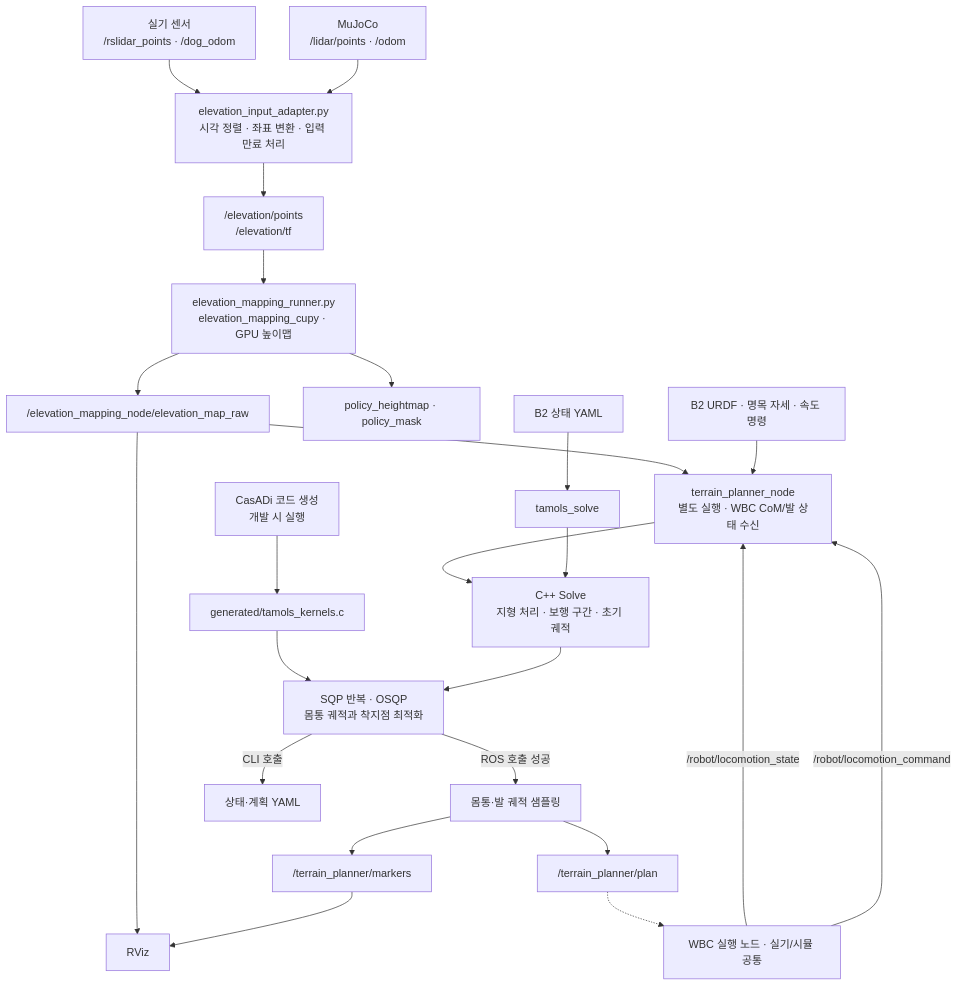
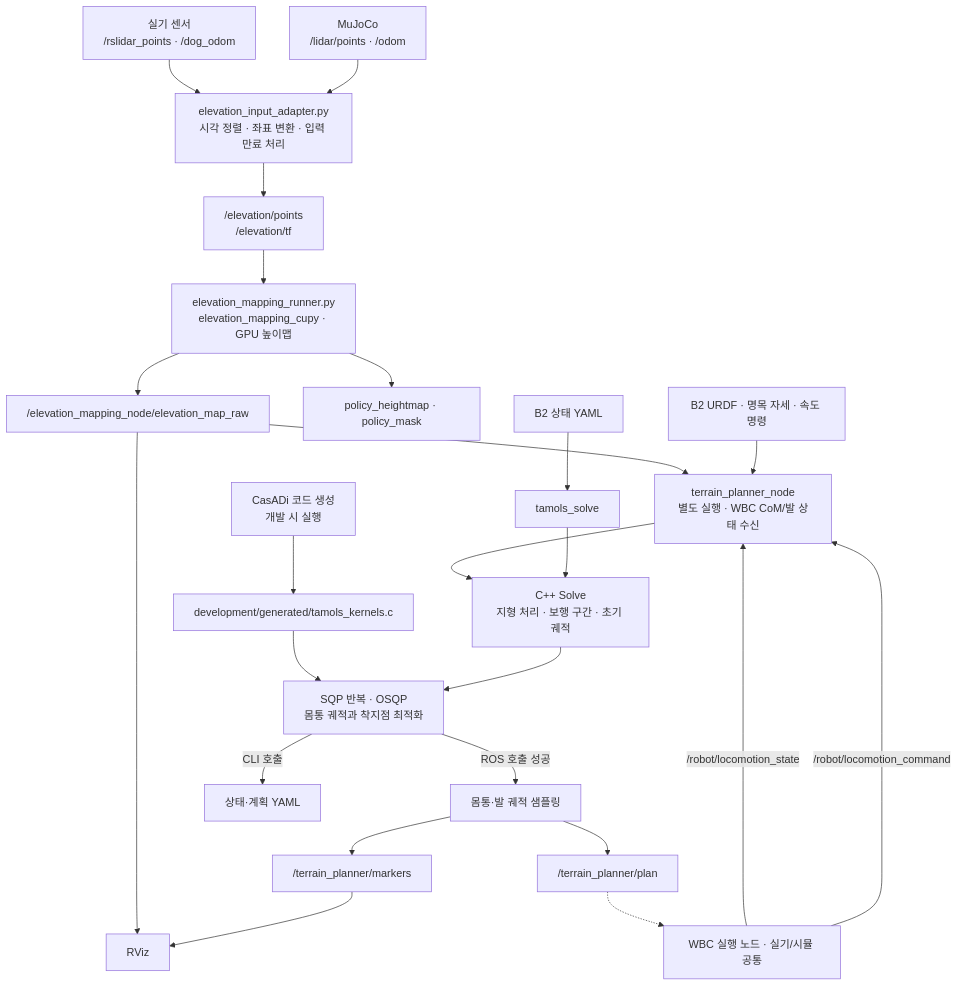
Before and after one commit to JaeMinSong-code/b2_terrain_planning: the diagram in README.md, drawn with Mermaid. The commit also changed other lines of this file and 22 other files, not shown here.

````diff
--- a/README.md
+++ b/README.md
@@ -89,26 +89,26 @@
 ```mermaid
 flowchart TD
     Real["실기 센서<br/>/rslidar_points · /dog_odom"] --> Adapter
     Sim["MuJoCo<br/>/lidar/points · /odom"] --> Adapter
     Adapter["elevation_input_adapter.py<br/>시각 정렬 · 좌표 변환 · 입력 만료 처리"] --> Points["/elevation/points<br/>/elevation/tf"]
     Points --> Map["elevation_mapping_runner.py<br/>elevation_mapping_cupy · GPU 높이맵"]
     Map --> Grid["/elevation_mapping_node/elevation_map_raw"]
     Map --> Crop["policy_heightmap · policy_mask"]
     WBC -->|/robot/locomotion_state| Node
     WBC -->|/robot/locomotion_command| Node
     Grid --> Node["terrain_planner_node<br/>별도 실행 · WBC CoM/발 상태 수신"]
     Model["B2 URDF · 명목 자세 · 속도 명령"] --> Node
     Node --> Solve["C++ Solve<br/>지형 처리 · 보행 구간 · 초기 궤적"]
     Yaml["B2 상태 YAML"] --> CLI["tamols_solve"]
     CLI --> Solve
-    Codegen["CasADi 코드 생성<br/>개발 시 실행"] --> Kernel["generated/tamols_kernels.c"]
+    Codegen["CasADi 코드 생성<br/>개발 시 실행"] --> Kernel["development/generated/tamols_kernels.c"]
     Kernel --> SQP["SQP 반복 · OSQP<br/>몸통 궤적과 착지점 최적화"]
     Solve --> SQP
     SQP -->|ROS 호출 성공| Sample["몸통·발 궤적 샘플링"]
     SQP -->|CLI 호출| Result["상태·계획 YAML"]
     Sample --> Plan["/terrain_planner/plan"]
     Sample --> Markers["/terrain_planner/markers"]
     Grid --> RViz["RViz"]
     Markers --> RViz
     Plan -.-> WBC["WBC 실행 노드 · 실기/시뮬 공통"]
 ```
````
